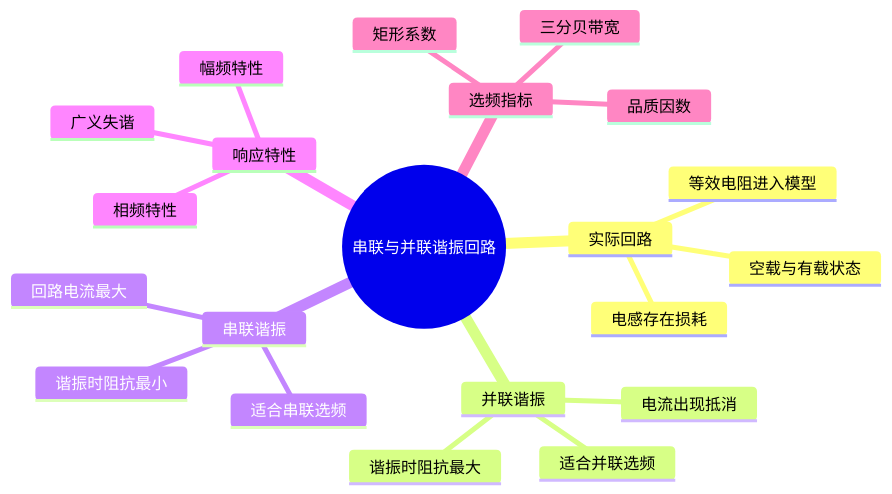
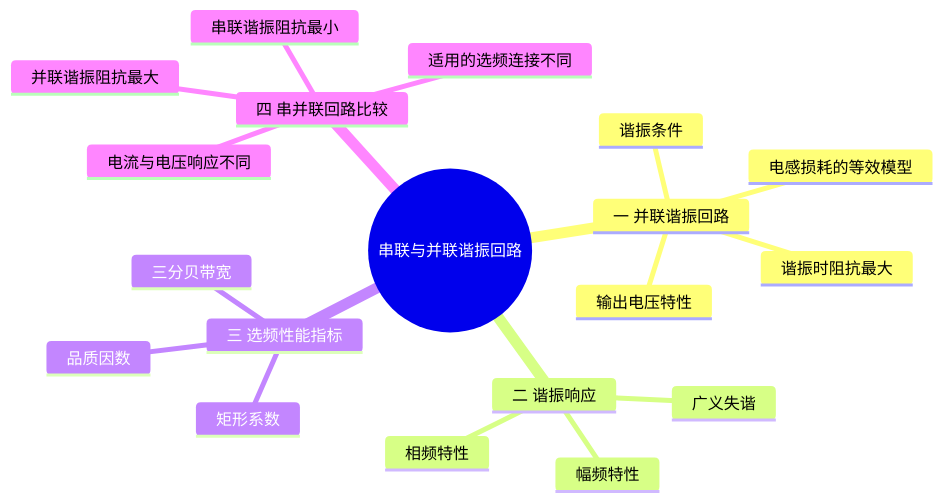
Before and after one commit to 3280441136-lab/My_Obsidian_Notes: the diagram in 学习/学校课程/高频电子线路（3学分）/02 第2课 并联和串联谐振回路.md, drawn with Mermaid. The commit also changed other lines of this file and 20 other files, not shown here.

````diff
--- a/学习/学校课程/高频电子线路（3学分）/02 第2课 并联和串联谐振回路.md
+++ b/学习/学校课程/高频电子线路（3学分）/02 第2课 并联和串联谐振回路.md
@@ -15,24 +15,22 @@
 ```mermaid
 mindmap
   root((串联与并联谐振回路))
-    实际回路
-      电感存在损耗
-      等效电阻进入模型
-      空载与有载状态
-    并联谐振
+    一 并联谐振回路
+      电感损耗的等效模型
+      谐振条件
       谐振时阻抗最大
-      电流出现抵消
-      适合并联选频
-    串联谐振
-      谐振时阻抗最小
-      回路电流最大
-      适合串联选频
-    响应特性
+      输出电压特性
+    二 谐振响应
       广义失谐
       幅频特性
       相频特性
-    选频指标
+    三 选频性能指标
       品质因数
       三分贝带宽
       矩形系数
+    四 串并联回路比较
+      串联谐振阻抗最小
+      并联谐振阻抗最大
+      电流与电压响应不同
+      适用的选频连接不同
 ```
````
